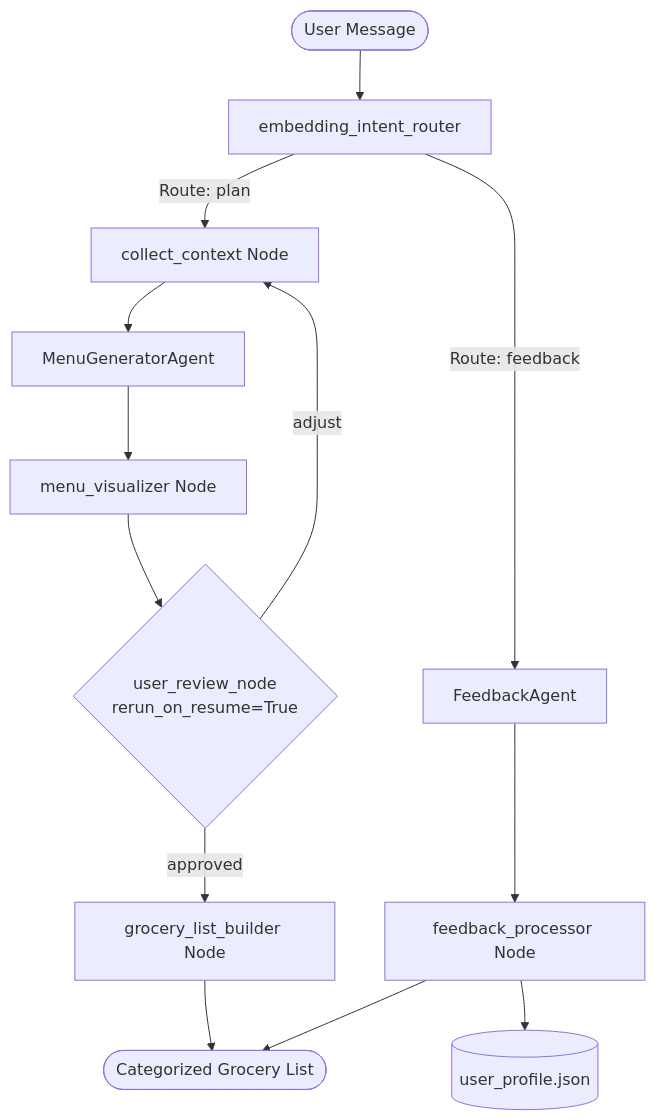
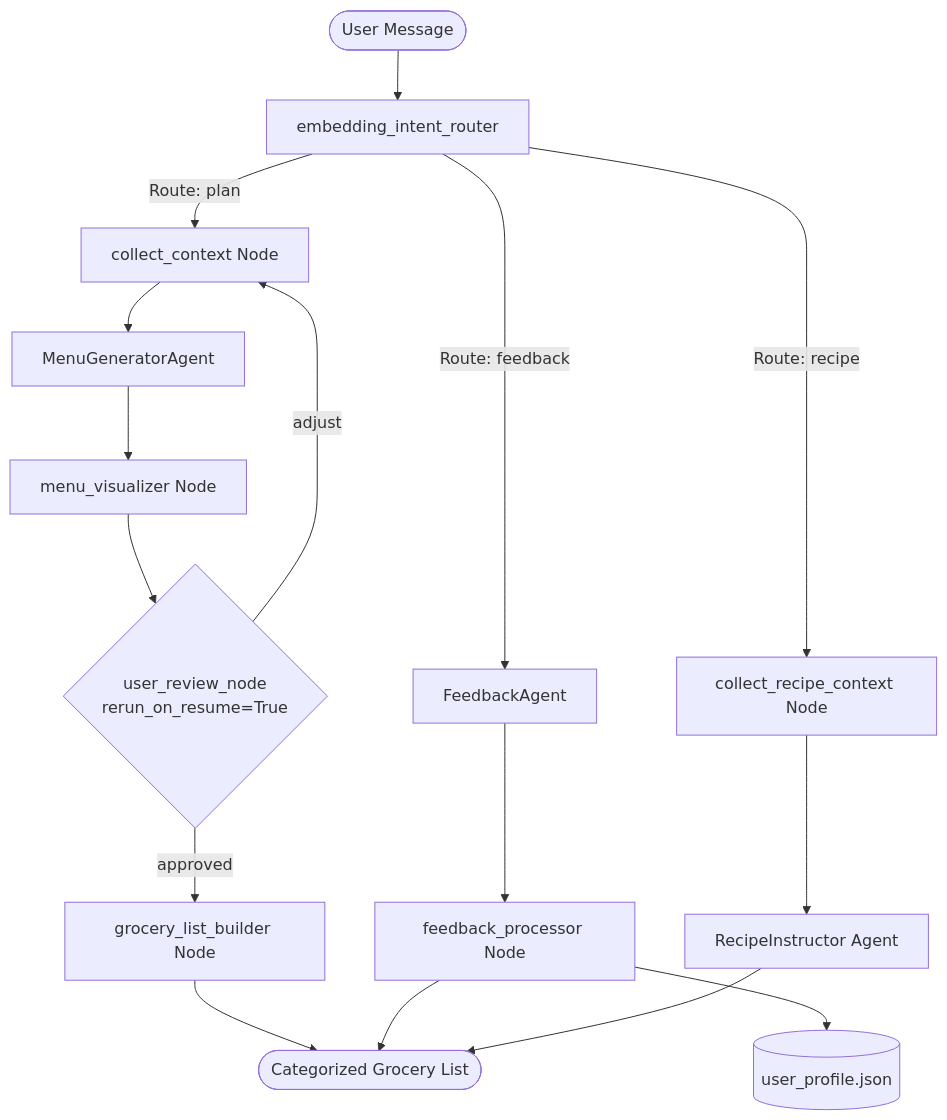
One commit to drakempham/meal-concierge-multi-agent changed the diagram in KAGGLE_SUBMISSION.md. Above: the diagram before and after it, drawn with Mermaid. The commit also changed other lines of this file and 2 other files, not shown here.

Commit message:
Implement Recipent Instructor

````diff
--- a/KAGGLE_SUBMISSION.md
+++ b/KAGGLE_SUBMISSION.md
@@ -18,25 +18,30 @@
 ```mermaid
 graph TD
     START([User Message]) --> Router[embedding_intent_router]
     
     %% Intent Routing
     Router -->|Route: plan| Context[collect_context Node]
     Router -->|Route: feedback| FeedbackAgent[FeedbackAgent]
+    Router -->|Route: recipe| RecipeCtx[collect_recipe_context Node]
     
     %% Meal Planning Workflow (HITL)
     Context --> MenuGen[MenuGeneratorAgent]
     MenuGen --> Visualizer[menu_visualizer Node]
     Visualizer --> Review{user_review_node <br> rerun_on_resume=True}
     
     %% Loop or Approved
     Review -->|adjust| Context
     Review -->|approved| Grocery[grocery_list_builder Node]
     
     %% Memory Updates
     FeedbackAgent --> Processor[feedback_processor Node]
     Processor --> Memory[(user_profile.json)]
     
+    %% Recipe Instructor
+    RecipeCtx --> RecipeInstructor[RecipeInstructor Agent]
+    
     %% Outputs
     Grocery --> END([Categorized Grocery List])
     Processor --> END
+    RecipeInstructor --> END
 ```
````
